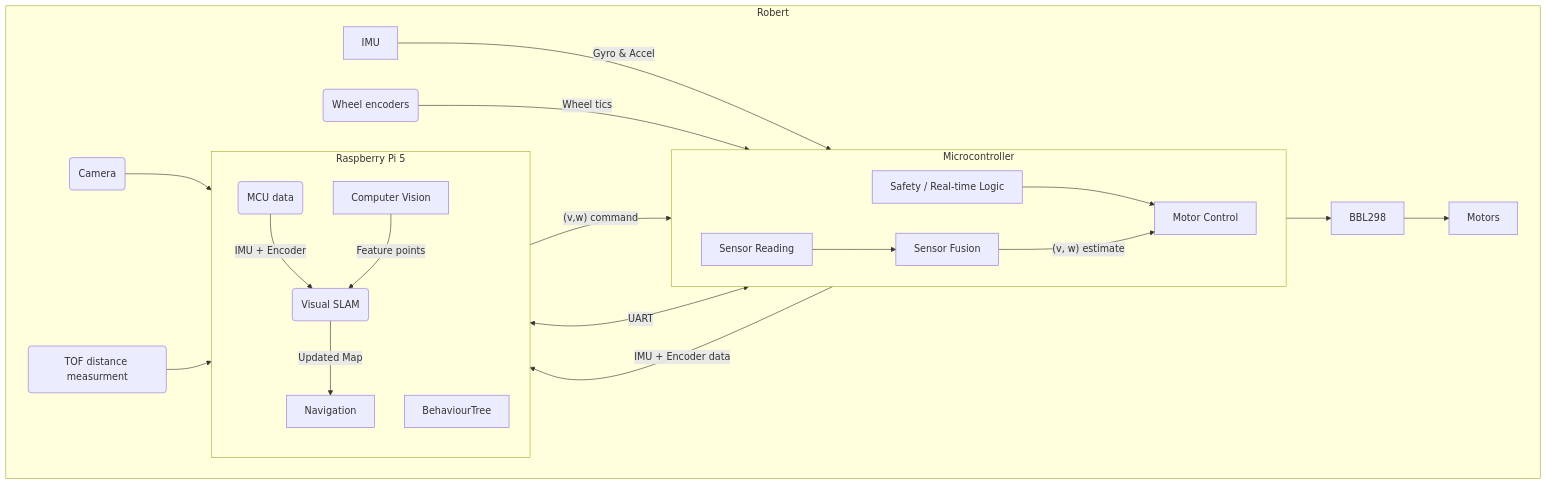
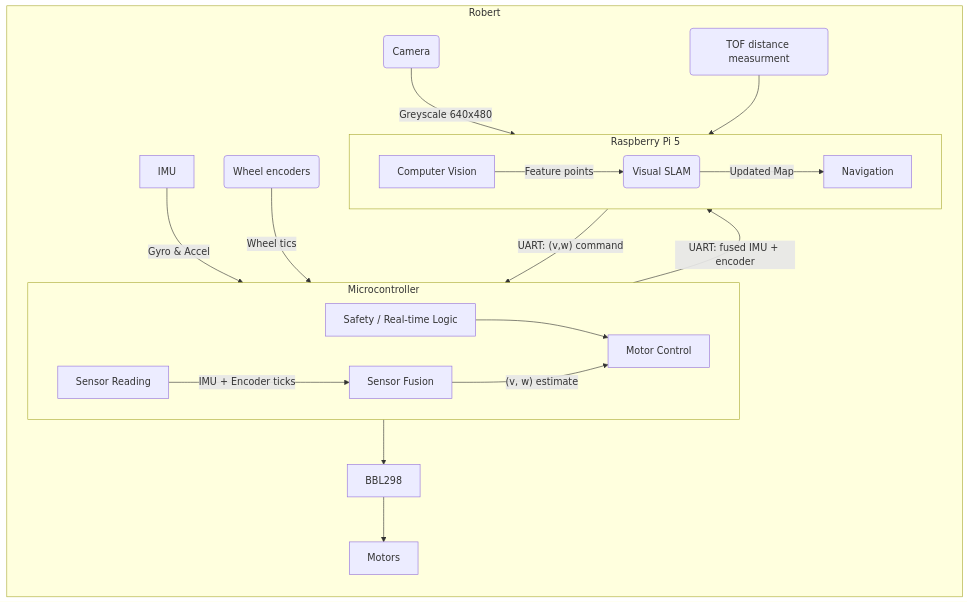
One commit to carmor1337/Robert-Diffrential-drive-robot changed the diagram in README.md. Above: the diagram before and after it, drawn with Mermaid.

````diff
--- a/README.md
+++ b/README.md
@@ -5,55 +5,50 @@
 ```mermaid
 flowchart LR
     subgraph Robert
-        direction LR
+        direction TD
 
+        TOF("TOF distance measurment")
+        Camera("Camera")
+
+        IMU["IMU"]
+        Encoder("Wheel encoders")
         
-
         subgraph MCU["Microcontroller"]
             direction LR
             Safety["Safety / Real-time Logic"]
             SensorFusion["Sensor Fusion"]
             SensorRead["Sensor Reading"]
             MotorControl["Motor Control"]
         end
         
         subgraph RPI["Raspberry Pi 5"]
-            direction TD
+            direction LR
             SLAM("Visual SLAM")
             Vision["Computer Vision"]
             Navigation["Navigation"]
-            BehaviourTree["BehaviourTree"]
-            MCUData("MCU data")
         end
 
-        Camera --> RPI
+        Camera -->|"Greyscale 640x480"| RPI
         TOF --> RPI
+            
+        MCU -->|"UART: fused IMU + encoder"| RPI
 
-        IMU["IMU"]
-        Encoder("Wheel encoders")
-
-        TOF("TOF distance measurment")
-        Camera("Camera")
-            
-        MCU <-->|"UART"| RPI
-        MCU -->|"IMU + Encoder data"| SLAM
 
         MotorControl --> BBL298
         BBL298 --> Motors
     end
     
 
     IMU -->|"Gyro & Accel"| MCU
     Encoder -->|"Wheel tics"| MCU
 
     Safety --> MotorControl
-    SensorRead --> SensorFusion
+    SensorRead -->|"IMU + Encoder ticks"| SensorFusion
     SensorFusion -->|"(v, w) estimate"| MotorControl
 
 
-    MCUData -->|"IMU + Encoder"|SLAM
-    Navigation -->|"(v,w) command"|MotorControl
+    Navigation -->|"UART: (v,w) command"|MotorControl
     Vision -->|"Feature points"| SLAM -->|"Updated Map"| Navigation
 
    
 ```
````
